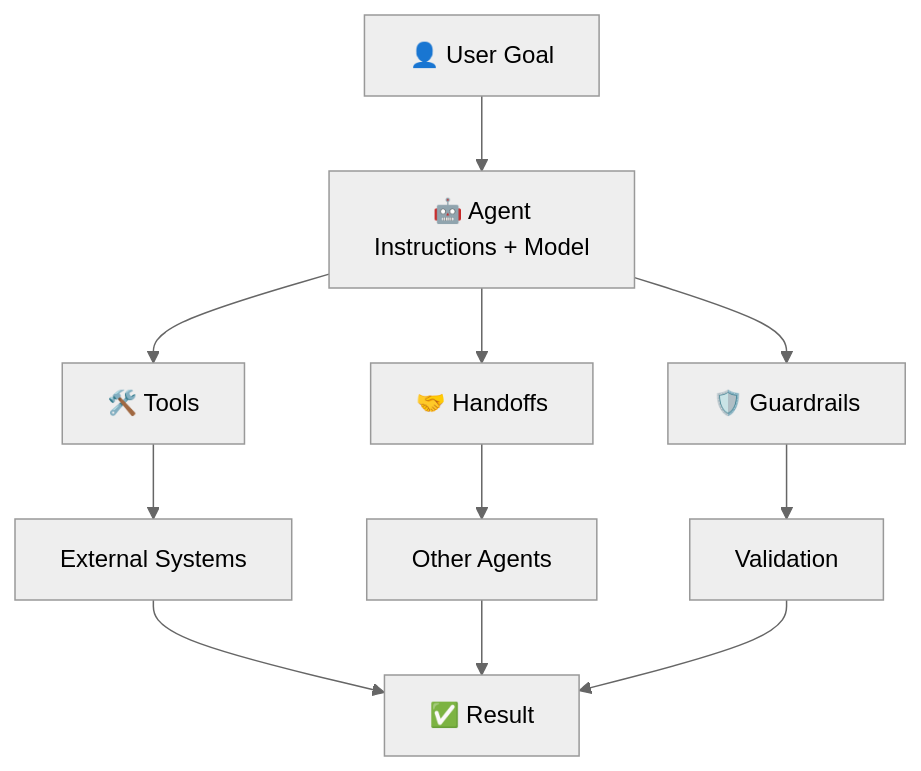
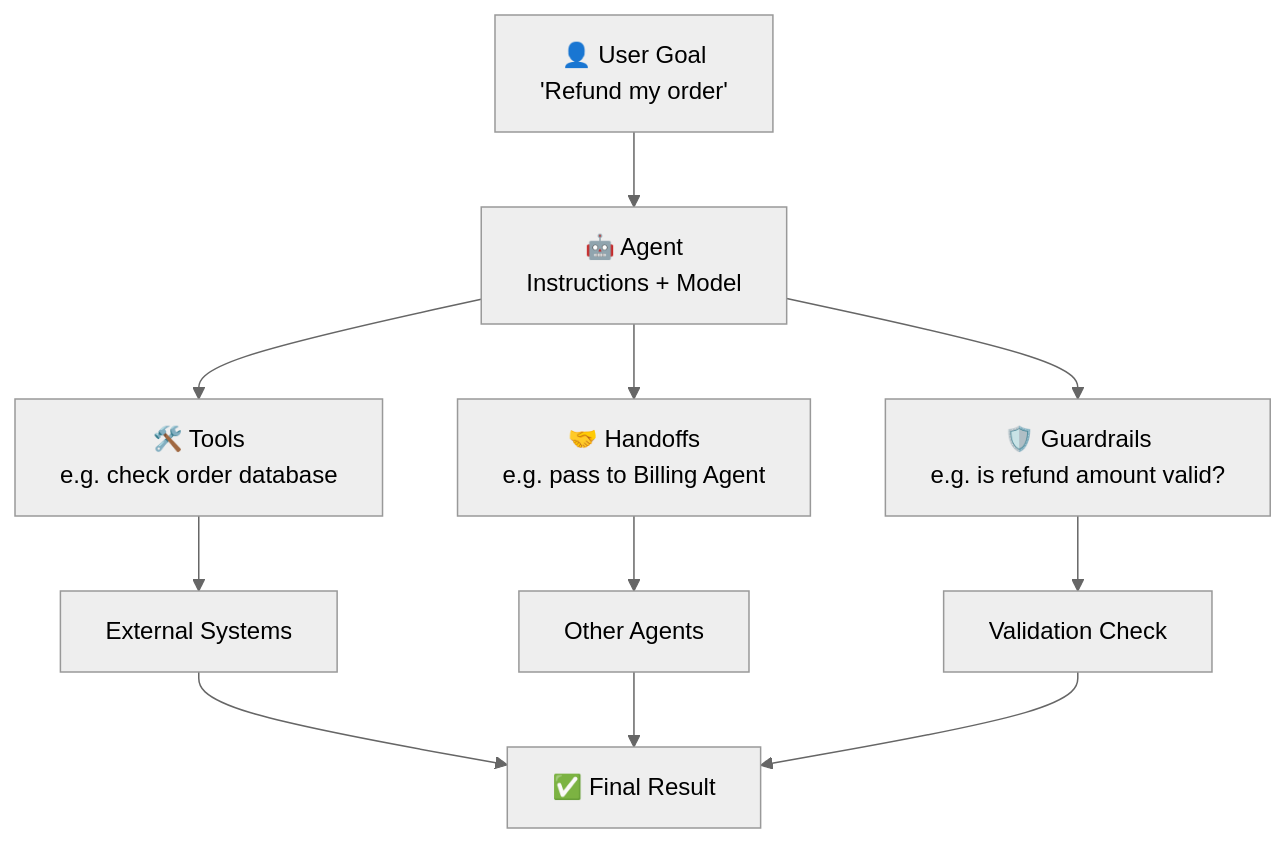
One commit to maliksiddiq/learning-agentic-ai changed the third of 31 diagrams in Agentic Ai Learning/08 Open-ai-agent-sdk/00 Introduction/Readme.md. Above: the diagram before and after it, drawn with Mermaid (neutral theme). The commit also changed other lines of this file, not shown here.

Commit message:
Introduction OF open-ai-agent-sdk

````diff
--- a/Agentic Ai Learning/08 Open-ai-agent-sdk/00 Introduction/Readme.md
+++ b/Agentic Ai Learning/08 Open-ai-agent-sdk/00 Introduction/Readme.md
@@ -71,13 +95,13 @@
 ```mermaid
 flowchart TD
-    U[👤 User Goal] --> AG[🤖 Agent<br/>Instructions + Model]
-    AG --> T[🛠️ Tools]
-    AG --> H[🤝 Handoffs]
-    AG --> G[🛡️ Guardrails]
+    U["👤 User Goal<br/>'Refund my order'"] --> AG["🤖 Agent<br/>Instructions + Model"]
+    AG --> T["🛠️ Tools<br/>e.g. check order database"]
+    AG --> H["🤝 Handoffs<br/>e.g. pass to Billing Agent"]
+    AG --> G["🛡️ Guardrails<br/>e.g. is refund amount valid?"]
     T --> EXT[External Systems]
     H --> OA[Other Agents]
-    G --> V[Validation]
-    EXT --> R[✅ Result]
+    G --> V[Validation Check]
+    EXT --> R["✅ Final Result"]
     OA --> R
     V --> R
 ```
````
